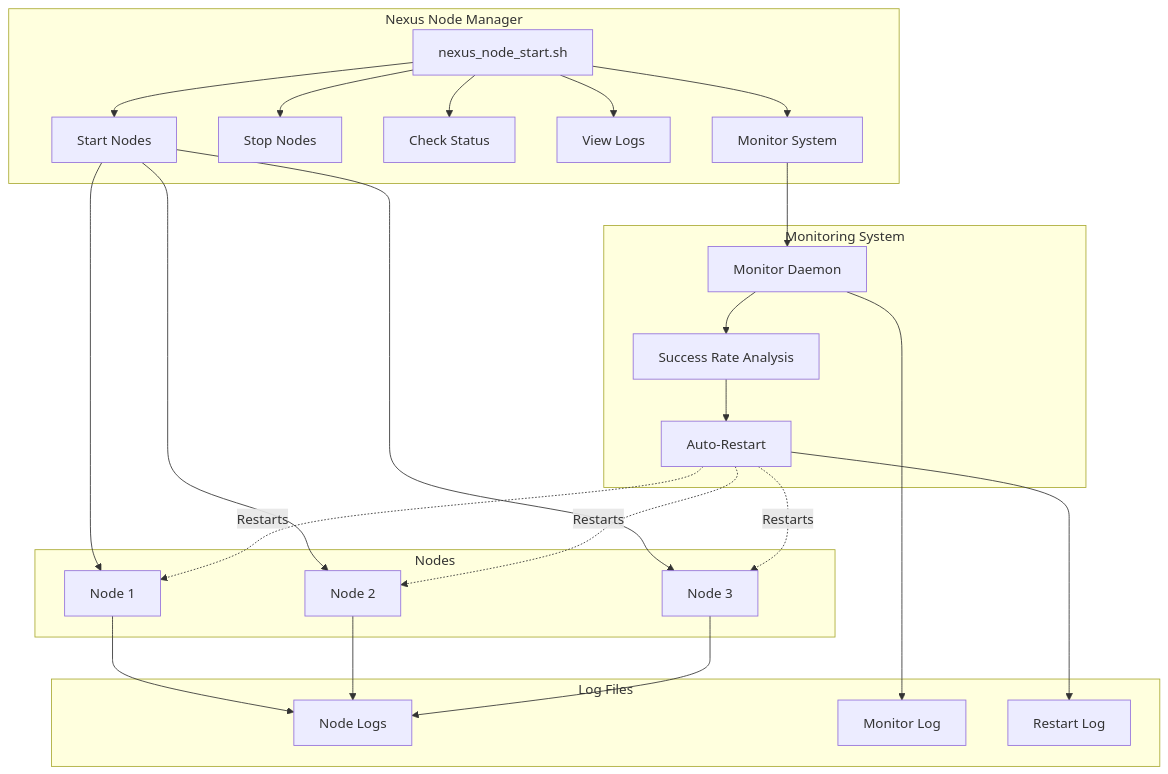
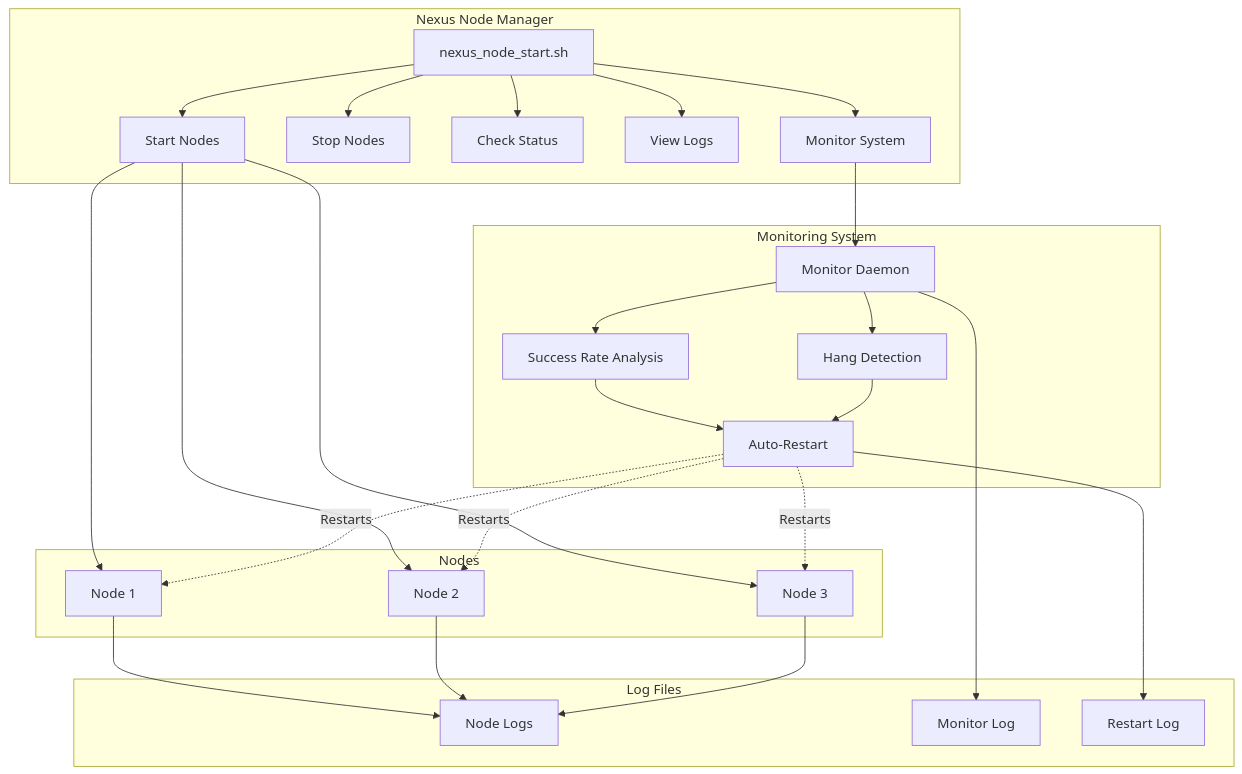
The diagram in README.md (anzai3458/nexus-scripts), drawn with Mermaid before and after one commit. The commit also changed other lines of this file and 2 other files, not shown here.

First line of the commit message:
Enhance monitoring with time-based rate calculation and process hang detection

````diff
--- a/README.md
+++ b/README.md
@@ -17,47 +18,50 @@
 ```mermaid
 graph TD
     subgraph "Nexus Node Manager"
         A[nexus_node_start.sh] --> B[Start Nodes]
         A --> C[Stop Nodes]
         A --> D[Check Status]
         A --> E[View Logs]
         A --> F[Monitor System]
     end
 
     subgraph "Nodes"
         N1[Node 1] 
         N2[Node 2]
         N3[Node 3]
     end
 
     subgraph "Monitoring System"
         M1[Monitor Daemon]
         M2[Success Rate Analysis]
         M3[Auto-Restart]
+        M4[Hang Detection]
     end
 
     subgraph "Log Files"
         L1[Node Logs]
         L2[Monitor Log]
         L3[Restart Log]
     end
 
     B --> N1
     B --> N2
     B --> N3
     
     F --> M1
     M1 --> M2
+    M1 --> M4
     M2 --> M3
+    M4 --> M3
     
     N1 --> L1
     N2 --> L1
     N3 --> L1
     
     M1 --> L2
     M3 --> L3
     
     M3 -.Restarts.-> N1
     M3 -.Restarts.-> N2
     M3 -.Restarts.-> N3
 ```
````
